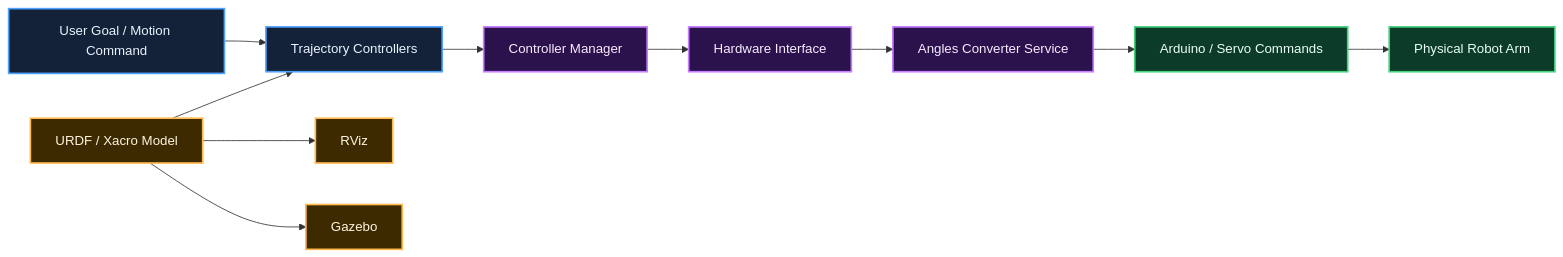
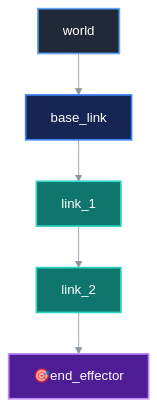
One commit to bk201-dev/frame2motion changed the first of 2 diagrams in README.md. Above: the diagram before and after it, drawn with Mermaid. The commit also changed other lines of this file, not shown here.

````diff
--- a/README.md
+++ b/README.md
@@ -82,23 +529,32 @@
 ```mermaid
-flowchart LR
-    A["User Goal / Motion Command"] --> B["Trajectory Controllers"]
-    B --> C["Controller Manager"]
-    C --> D["Hardware Interface"]
-    D --> E["Angles Converter Service"]
-    E --> F["Arduino / Servo Commands"]
-    F --> G["Physical Robot Arm"]
+%%{init: {'theme':'base', 'themeVariables': {
+  'background':'#0d1117',
+  'primaryColor':'#1f6feb',
+  'primaryTextColor':'#ffffff',
+  'primaryBorderColor':'#58a6ff',
+  'lineColor':'#8b949e',
+  'secondaryColor':'#238636',
+  'tertiaryColor':'#a371f7'
+}}}%%
+flowchart TD
+    W[" world"]
+    B[" base_link"]
+    L1[" link_1"]
+    L2[" link_2"]
+    E["🎯end_effector"]
 
-    H["URDF / Xacro Model"] --> I["RViz"]
-    H --> J["Gazebo"]
-    H --> B
+    W --> B
+    B -->L1
+    L1 -->L2
+    L2 -->E
 
-    classDef planning fill:#132238,stroke:#4EA1FF,color:#EAF2FF,stroke-width:2px;
-    classDef control fill:#2B124C,stroke:#C77DFF,color:#F7ECFF,stroke-width:2px;
-    classDef hardware fill:#0D3B2A,stroke:#43D17A,color:#E9FFF1,stroke-width:2px;
-    classDef sim fill:#3D2A00,stroke:#FFB84D,color:#FFF4E0,stroke-width:2px;
+    classDef world fill:#1f2937,stroke:#60a5fa,color:#ffffff,stroke-width:2px;
+    classDef base fill:#172554,stroke:#3b82f6,color:#ffffff,stroke-width:2px;
+    classDef link fill:#0f766e,stroke:#2dd4bf,color:#ffffff,stroke-width:2px;
+    classDef endeff fill:#4c1d95,stroke:#c084fc,color:#ffffff,stroke-width:2px;
 
-    class A,B planning;
-    class C,D,E control;
-    class F,G hardware;
-    class H,I,J sim;
+    class W world;
+    class B base;
+    class L1,L2 link;
+    class E endeff;
 ```
````
